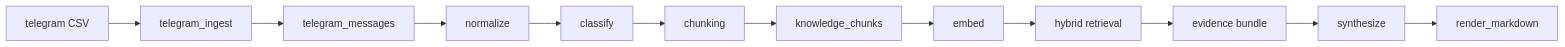
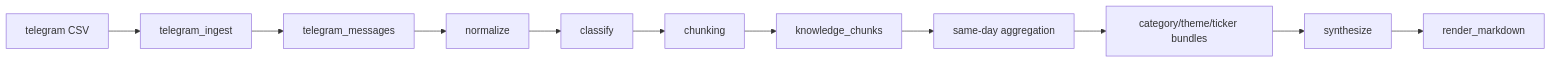
Before and after one commit to rutesun/invest-jarvis: the second of 2 diagrams in docs/superpowers/specs/2026-05-08-stock-report-engine-v2-design.md, drawn with Mermaid. The commit also changed other lines of this file and 1 other file, not shown here.

````diff
--- a/docs/superpowers/specs/2026-05-08-stock-report-engine-v2-design.md
+++ b/docs/superpowers/specs/2026-05-08-stock-report-engine-v2-design.md
@@ -177,14 +182,13 @@
 ```mermaid
 flowchart LR
   A["telegram CSV"] --> B["telegram_ingest"]
   B --> C["telegram_messages"]
   C --> D["normalize"]
   D --> E["classify"]
   E --> F["chunking"]
   F --> G["knowledge_chunks"]
-  G --> H["embed"]
-  H --> I["hybrid retrieval"]
-  I --> J["evidence bundle"]
-  J --> K["synthesize"]
-  K --> L["render_markdown"]
+  G --> H["same-day aggregation"]
+  H --> I["category/theme/ticker bundles"]
+  I --> J["synthesize"]
+  J --> K["render_markdown"]
 ```
````
